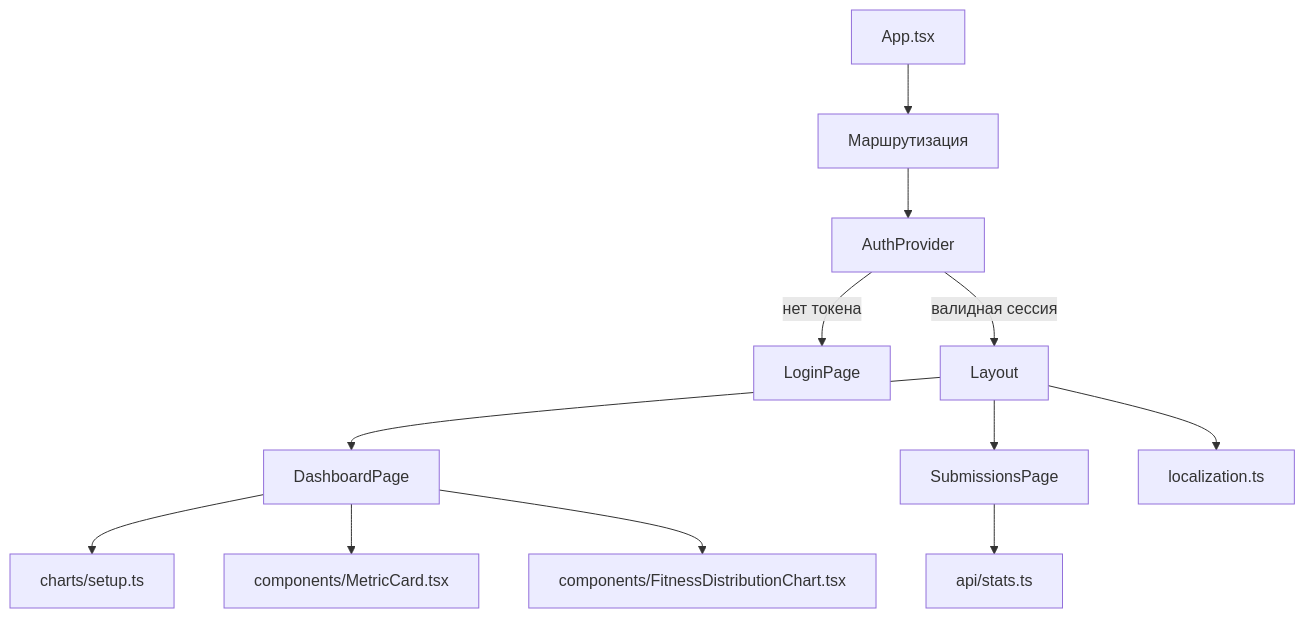
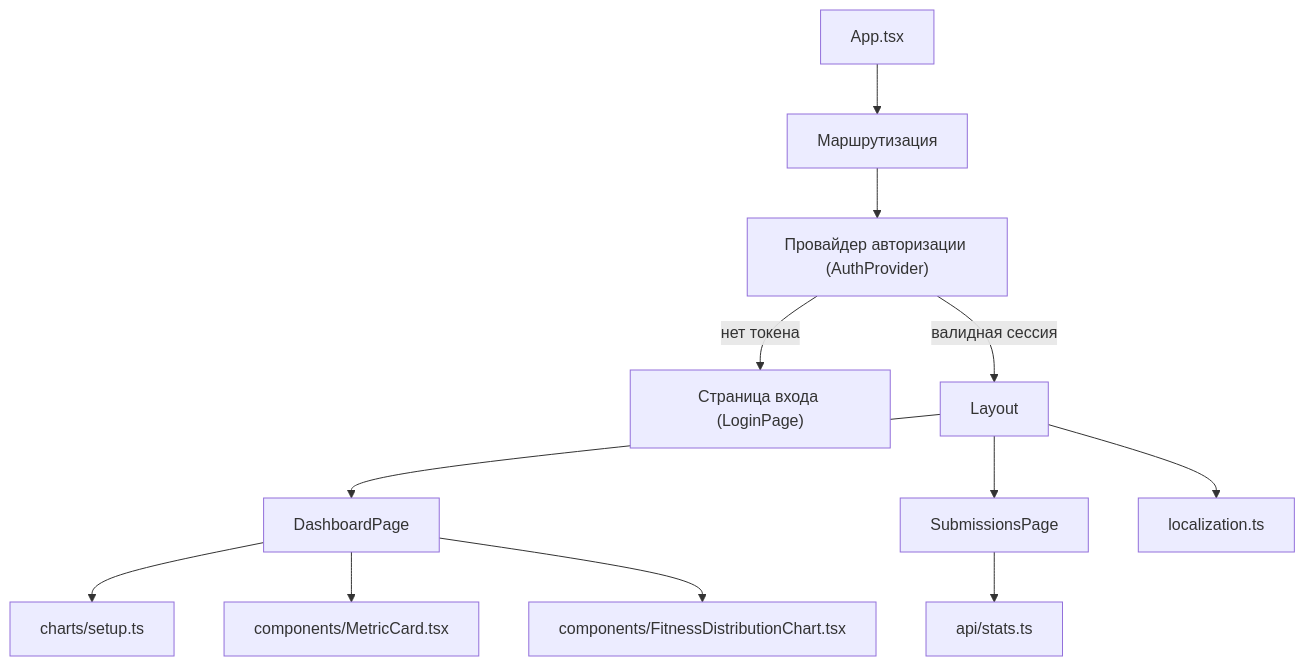
The second of 7 diagrams in README.md (kotru21/bsuir), drawn with Mermaid before and after one commit. The commit also changed other lines of this file, not shown here.

````diff
--- a/README.md
+++ b/README.md
@@ -93,14 +93,14 @@
 ```mermaid
 flowchart TD
    App["App.tsx"] --> Router["Маршрутизация"]
-   Router --> AuthGuard["AuthProvider"]
-   AuthGuard -->|нет токена| Login["LoginPage"]
+   Router --> AuthGuard["Провайдер авторизации (AuthProvider)"]
+   AuthGuard -->|нет токена| Login["Страница входа (LoginPage)"]
    AuthGuard -->|валидная сессия| Layout["Layout"]
    Layout --> Dashboard["DashboardPage"]
    Layout --> Submissions["SubmissionsPage"]
    Dashboard --> ChartsSetup["charts/setup.ts"]
    Dashboard --> Metrics["components/MetricCard.tsx"]
    Dashboard --> DistCharts["components/FitnessDistributionChart.tsx"]
    Submissions --> TableQuery["api/stats.ts"]
    Layout --> Locale["localization.ts"]
 ```
````
